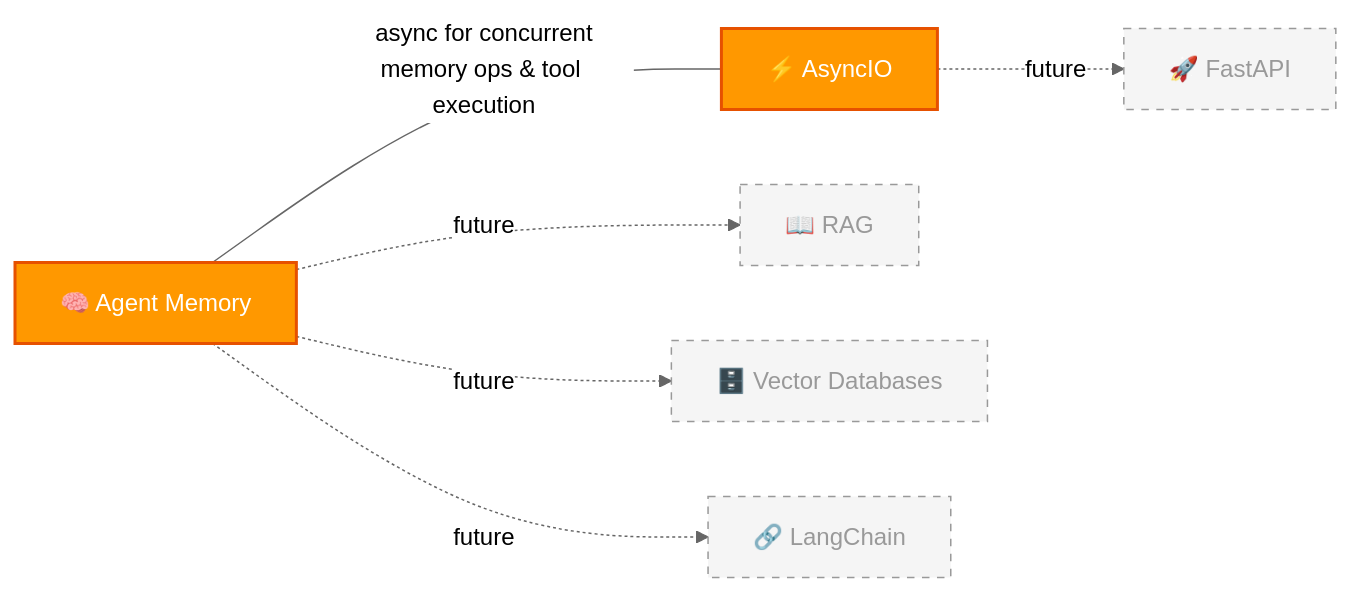
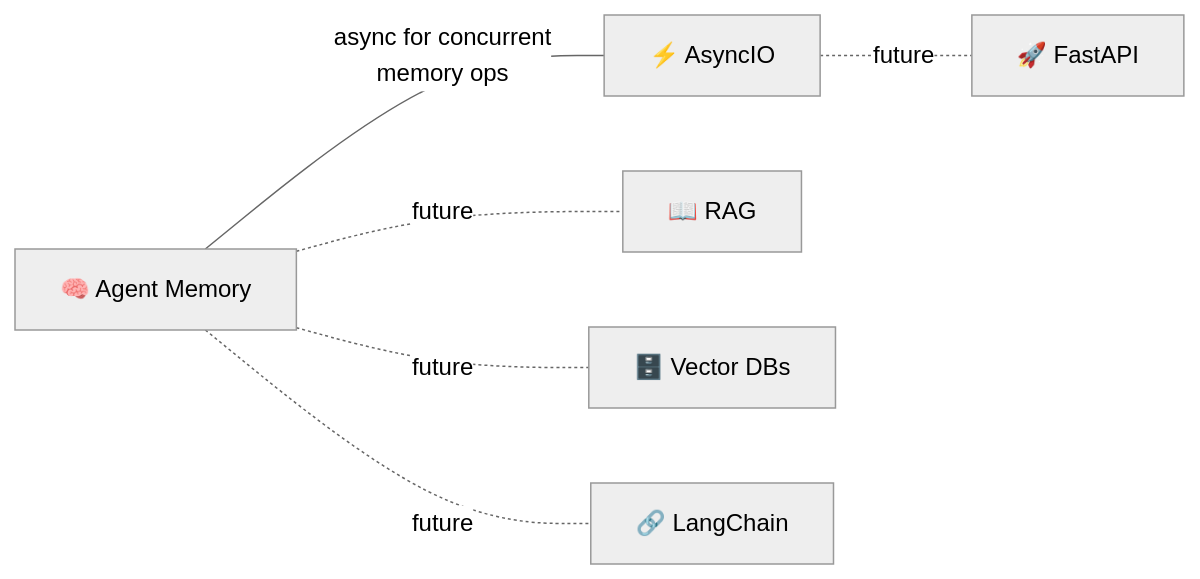
Before and after one commit to AyushSonuu/my-memory: the diagram in _maps/connections.md, drawn with Mermaid (neutral theme). The commit also changed other lines of this file and 8 other files, not shown here.

Commit message:
🎨 fix: theme-aware mermaid (no custom fills), consistent colors in both modes, clean homepage

````diff
--- a/_maps/connections.md
+++ b/_maps/connections.md
@@ -5,18 +5,11 @@
 ```mermaid
 graph LR
     AM["🧠 Agent Memory"]
     AIO["⚡ AsyncIO"]
     
-    AM ---|"async for concurrent<br/>memory ops & tool execution"| AIO
-    AM -.->|"future"| RAG["📖 RAG"]
-    AM -.->|"future"| VDB["🗄️ Vector Databases"]
-    AM -.->|"future"| LC["🔗 LangChain"]
-    AIO -.->|"future"| FAPI["🚀 FastAPI"]
-
-    style AM fill:#ff9800,color:#fff,stroke:#e65100,stroke-width:2px
-    style AIO fill:#ff9800,color:#fff,stroke:#e65100,stroke-width:2px
-    style RAG fill:#f5f5f5,color:#999,stroke-dasharray: 5 5
-    style VDB fill:#f5f5f5,color:#999,stroke-dasharray: 5 5
-    style LC fill:#f5f5f5,color:#999,stroke-dasharray: 5 5
-    style FAPI fill:#f5f5f5,color:#999,stroke-dasharray: 5 5
+    AM ---|"async for concurrent<br/>memory ops"| AIO
+    AM -.-|"future"| RAG["📖 RAG"]
+    AM -.-|"future"| VDB["🗄️ Vector DBs"]
+    AM -.-|"future"| LC["🔗 LangChain"]
+    AIO -.-|"future"| FAPI["🚀 FastAPI"]
 ```
````
